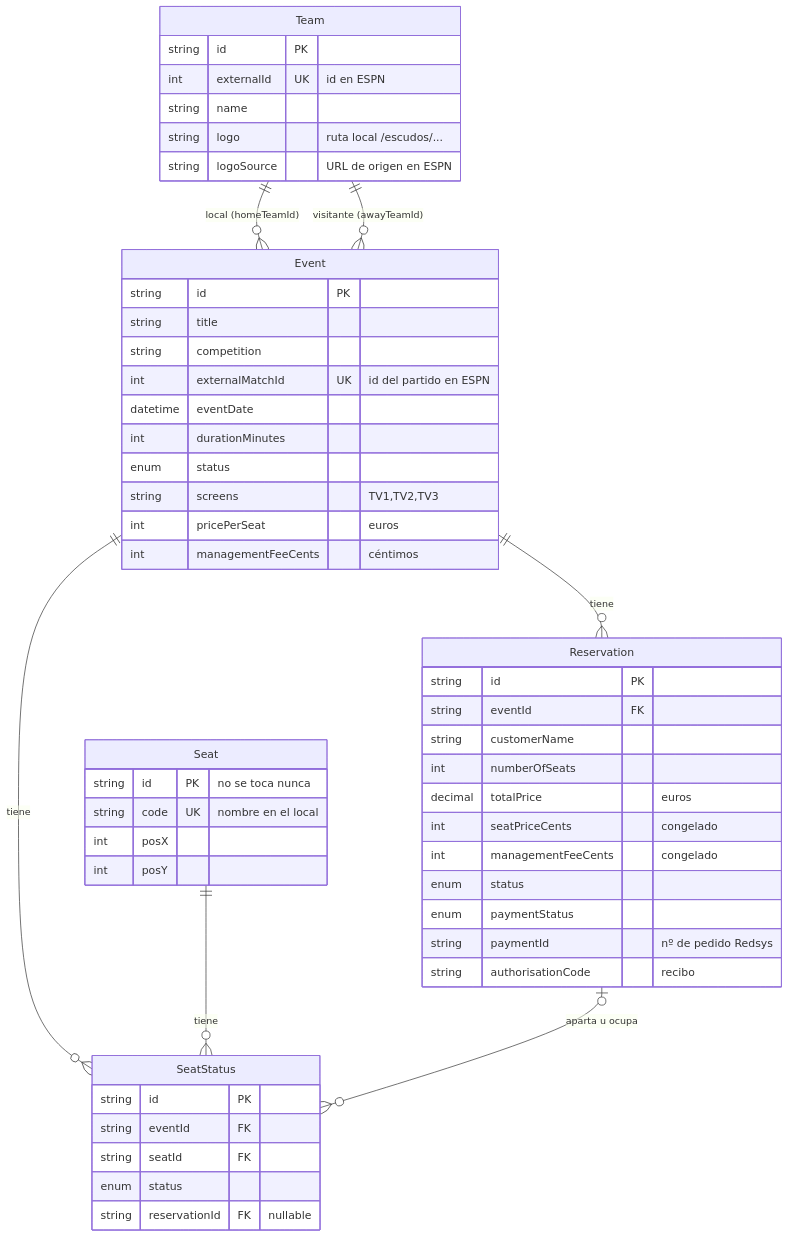
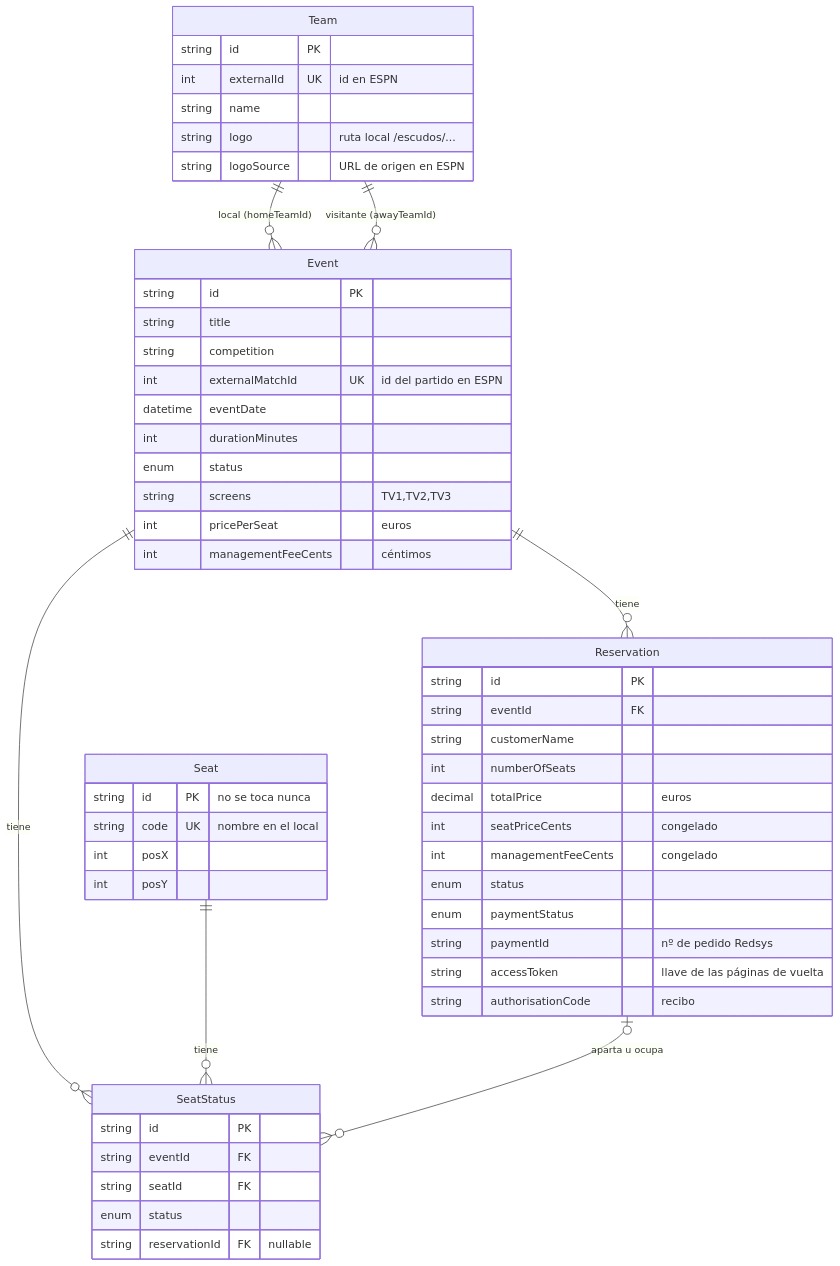
The first of 2 diagrams in docs/modelo-de-datos.md (rcavero/lounge-app), drawn with Mermaid before and after one commit. The commit also changed other lines of this file and 18 other files, not shown here.

````diff
--- a/docs/modelo-de-datos.md
+++ b/docs/modelo-de-datos.md
@@ -11,55 +11,56 @@
 ```mermaid
 erDiagram
     Team ||--o{ Event : "local (homeTeamId)"
     Team ||--o{ Event : "visitante (awayTeamId)"
     Event ||--o{ Reservation : tiene
     Event ||--o{ SeatStatus : tiene
     Seat ||--o{ SeatStatus : tiene
     Reservation |o--o{ SeatStatus : "aparta u ocupa"
 
     Team {
         string id PK
         int externalId UK "id en ESPN"
         string name
         string logo "ruta local /escudos/..."
         string logoSource "URL de origen en ESPN"
     }
     Event {
         string id PK
         string title
         string competition
         int externalMatchId UK "id del partido en ESPN"
         datetime eventDate
         int durationMinutes
         enum status
         string screens "TV1,TV2,TV3"
         int pricePerSeat "euros"
         int managementFeeCents "céntimos"
     }
     Seat {
         string id PK "no se toca nunca"
         string code UK "nombre en el local"
         int posX
         int posY
     }
     SeatStatus {
         string id PK
         string eventId FK
         string seatId FK
         enum status
         string reservationId FK "nullable"
     }
     Reservation {
         string id PK
         string eventId FK
         string customerName
         int numberOfSeats
         decimal totalPrice "euros"
         int seatPriceCents "congelado"
         int managementFeeCents "congelado"
         enum status
         enum paymentStatus
         string paymentId "nº de pedido Redsys"
+        string accessToken "llave de las páginas de vuelta"
         string authorisationCode "recibo"
     }
 ```
````
